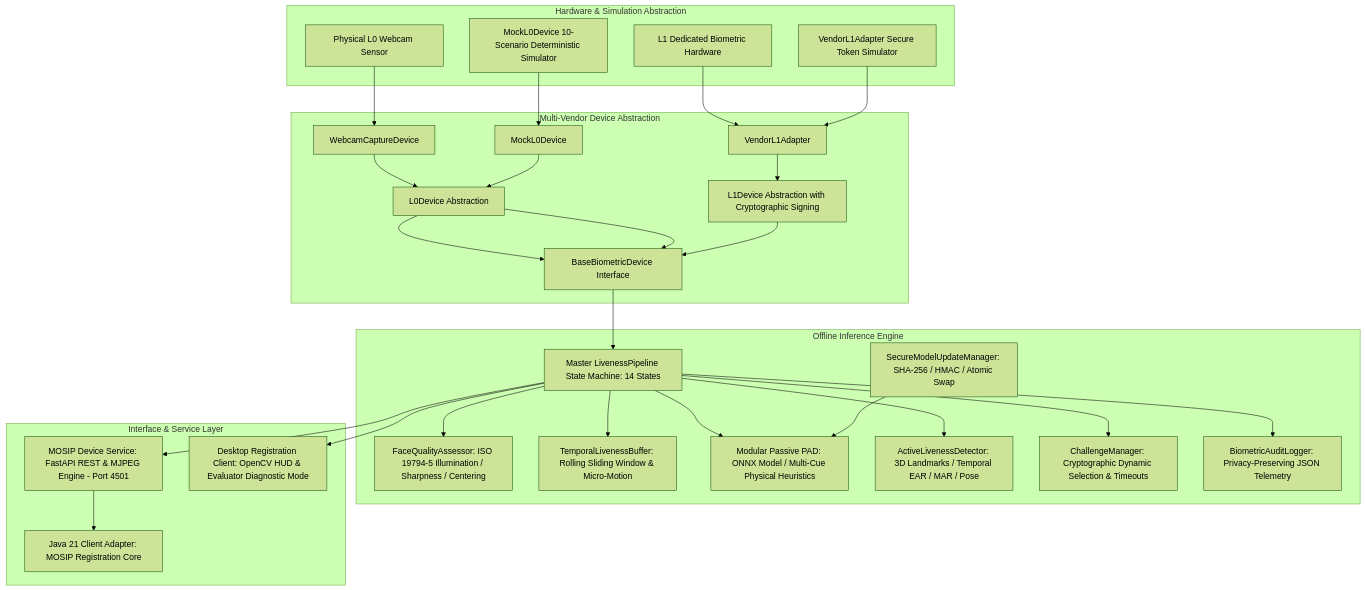
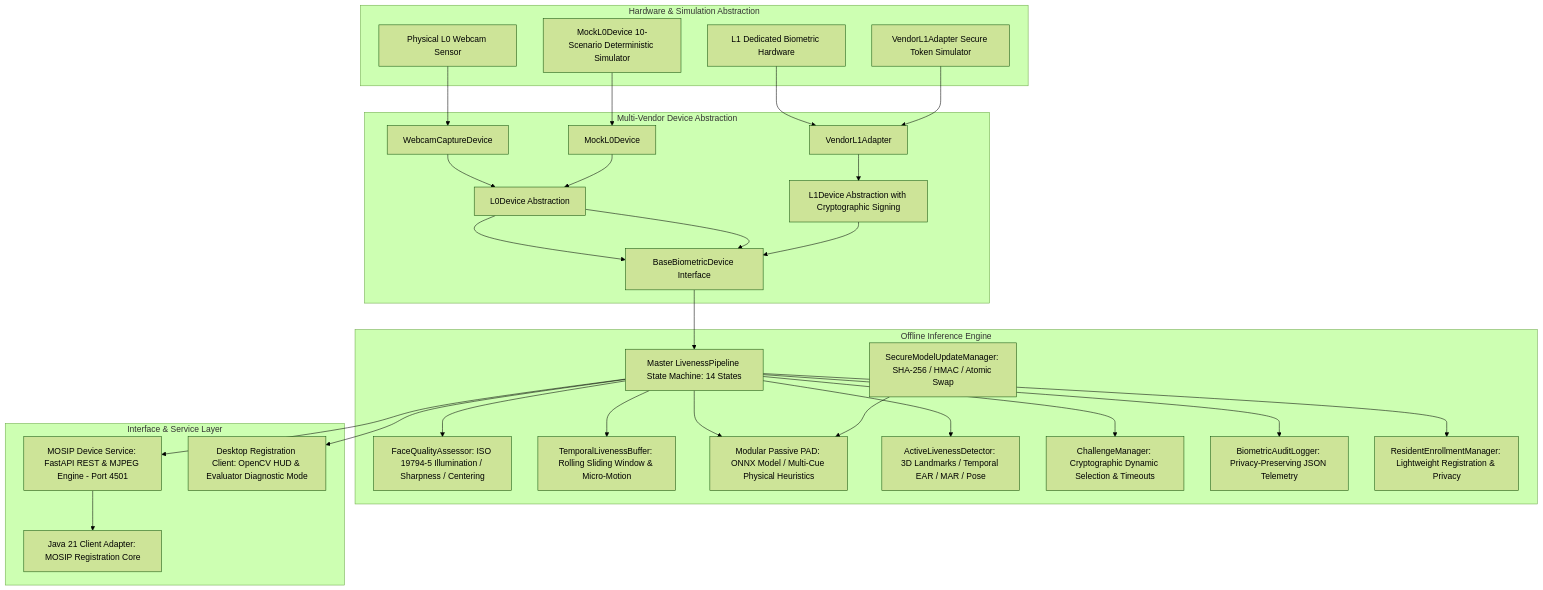
The first of 3 diagrams in docs/TECHNICAL_DESIGN.md (car-ui/mosip-face-liveness-pad), drawn with Mermaid (forest theme) before and after one commit. The commit also changed other lines of this file and 11 other files, not shown here.

Commit message:
feat(enrollment): add lightweight resident enrollment UX, privacy guarantees, capability discovery, and 61 passing tests

````diff
--- a/docs/TECHNICAL_DESIGN.md
+++ b/docs/TECHNICAL_DESIGN.md
@@ -20,53 +20,55 @@
 ```mermaid
 flowchart TD
     subgraph Device Layer [Hardware & Simulation Abstraction]
         HW1[Physical L0 Webcam Sensor]
         HW2[L1 Dedicated Biometric Hardware]
         SIM[MockL0Device 10-Scenario Deterministic Simulator]
         VEND[VendorL1Adapter Secure Token Simulator]
     end
 
     subgraph Device Adapter Layer [Multi-Vendor Device Abstraction]
         DIF[BaseBiometricDevice Interface]
         L0Base[L0Device Abstraction]
         L1Base[L1Device Abstraction with Cryptographic Signing]
         WAdapter[WebcamCaptureDevice]
         MAdapter[MockL0Device]
         VAdapter[VendorL1Adapter]
     end
 
     subgraph Core Processing Pipeline [Offline Inference Engine]
         QA[FaceQualityAssessor: ISO 19794-5 Illumination / Sharpness / Centering]
         TB[TemporalLivenessBuffer: Rolling Sliding Window & Micro-Motion]
         PAD[Modular Passive PAD: ONNX Model / Multi-Cue Physical Heuristics]
         AL[ActiveLivenessDetector: 3D Landmarks / Temporal EAR / MAR / Pose]
         CM[ChallengeManager: Cryptographic Dynamic Selection & Timeouts]
         ALog[BiometricAuditLogger: Privacy-Preserving JSON Telemetry]
         UPD[SecureModelUpdateManager: SHA-256 / HMAC / Atomic Swap]
+        REM[ResidentEnrollmentManager: Lightweight Registration & Privacy]
         SM[Master LivenessPipeline State Machine: 14 States]
     end
 
     subgraph Interface & Service Layer
         MDS[MOSIP Device Service: FastAPI REST & MJPEG Engine - Port 4501]
         DesktopUI[Desktop Registration Client: OpenCV HUD & Evaluator Diagnostic Mode]
         JavaAdapter[Java 21 Client Adapter: MOSIP Registration Core]
     end
 
     HW1 --> WAdapter --> L0Base --> DIF
     SIM --> MAdapter --> L0Base --> DIF
     HW2 --> VAdapter --> L1Base --> DIF
     VEND --> VAdapter
 
     DIF --> SM
     SM --> QA
     SM --> TB
     SM --> PAD
     SM --> AL
     SM --> CM
     SM --> ALog
+    SM --> REM
     UPD --> PAD
 
     SM --> MDS
     SM --> DesktopUI
     MDS --> JavaAdapter
 ```
````
